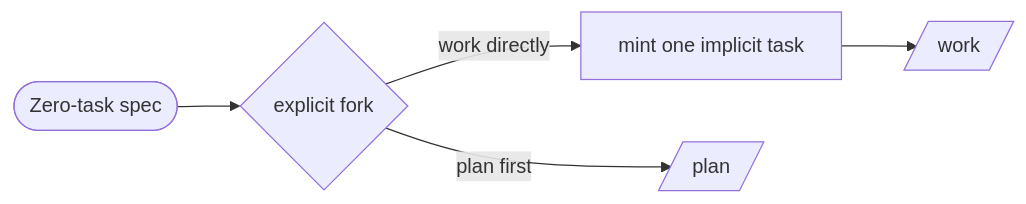
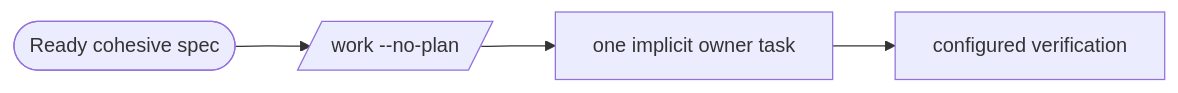
One commit to gmickel/flow-next changed the third of 5 diagrams in plugins/flow-next/codex/docs/flow-next/pipeline-variations.md. Above: the diagram before and after it, drawn with Mermaid. The commit also changed other lines of this file and 51 other files, not shown here.

First line of the commit message:
feat(work): make task decomposition optional for cohesive specs

````diff
--- a/plugins/flow-next/codex/docs/flow-next/pipeline-variations.md
+++ b/plugins/flow-next/codex/docs/flow-next/pipeline-variations.md
@@ -71,5 +61,4 @@
 ```mermaid
 flowchart LR
-    S([Zero-task spec]) --> F{explicit fork} -->|work directly| M[mint one implicit task] --> W[/work/]
-    F -->|plan first| P[/plan/]
+    S([Ready cohesive spec]) --> W[/work --no-plan/] --> T[one implicit owner task] --> V[configured verification]
 ```
````
